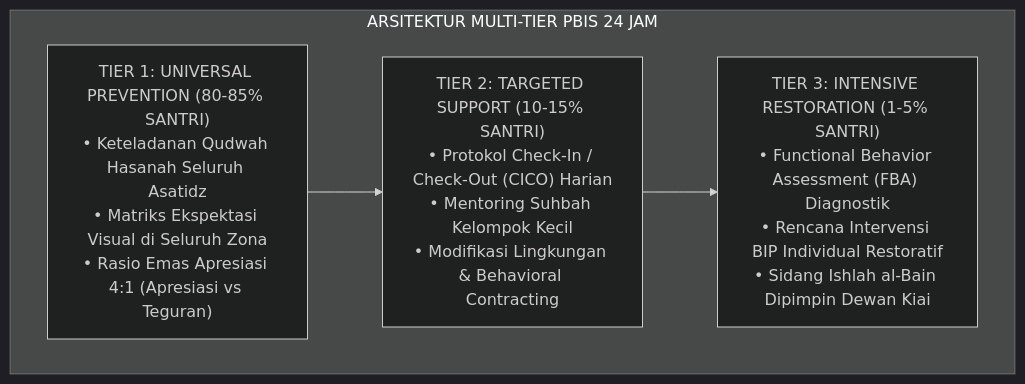
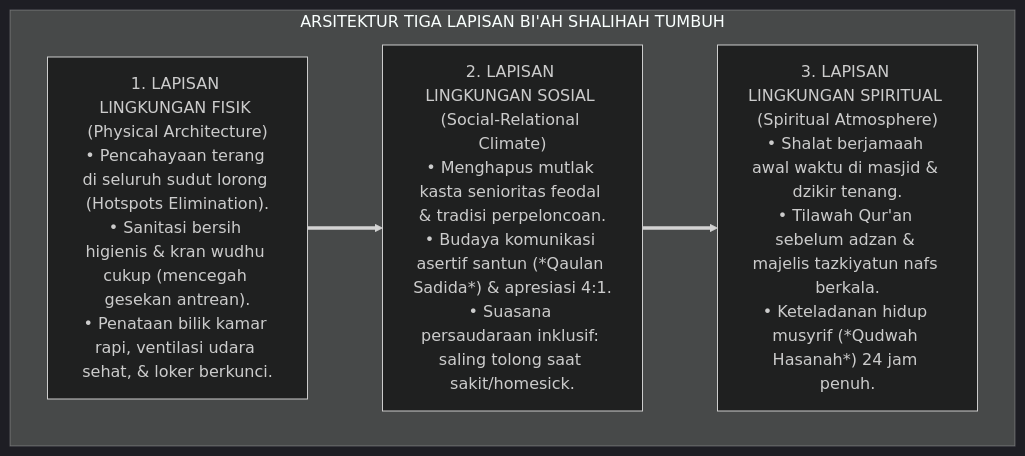
One commit to wandiapriliyandi/tumbuh changed the second of 3 diagrams in BOOK-SERIES/Volume-01/Bab-05-Sepuluh-Jawaban-Filosofis-Ekosistem-TUMBUH/03-Postulat-7-sd-8-Total-Ecosystem-dan-Restorasi-Kesalahan.md. Above: the diagram before and after it, drawn with Mermaid (dark theme). The commit also changed other lines of this file and 286 other files, not shown here.

````diff
--- a/BOOK-SERIES/Volume-01/Bab-05-Sepuluh-Jawaban-Filosofis-Ekosistem-TUMBUH/03-Postulat-7-sd-8-Total-Ecosystem-dan-Restorasi-Kesalahan.md
+++ b/BOOK-SERIES/Volume-01/Bab-05-Sepuluh-Jawaban-Filosofis-Ekosistem-TUMBUH/03-Postulat-7-sd-8-Total-Ecosystem-dan-Restorasi-Kesalahan.md
@@ -62,12 +41,12 @@
 ```mermaid
 graph TD
-    subgraph MultiTier["ARSITEKTUR MULTI-TIER PBIS 24 JAM"]
-        T1["TIER 1: UNIVERSAL PREVENTION (80-85% SANTRI)<br/>• Keteladanan Qudwah Hasanah Seluruh Asatidz<br/>• Matriks Ekspektasi Visual di Seluruh Zona<br/>• Rasio Emas Apresiasi 4:1 (Apresiasi vs Teguran)"]
+    subgraph TigaLapisanBiah["ARSITEKTUR TIGA LAPISAN BI'AH SHALIHAH TUMBUH"]
+        L1["1. LAPISAN LINGKUNGAN FISIK (Physical Architecture)<br/>• Pencahayaan terang di seluruh sudut lorong (Hotspots Elimination).<br/>• Sanitasi bersih higienis & kran wudhu cukup (mencegah gesekan antrean).<br/>• Penataan bilik kamar rapi, ventilasi udara sehat, & loker berkunci."]
         
-        T2["TIER 2: TARGETED SUPPORT (10-15% SANTRI)<br/>• Protokol Check-In / Check-Out (CICO) Harian<br/>• Mentoring Suhbah Kelompok Kecil<br/>• Modifikasi Lingkungan & Behavioral Contracting"]
+        L2["2. LAPISAN LINGKUNGAN SOSIAL (Social-Relational Climate)<br/>• Menghapus mutlak kasta senioritas feodal & tradisi perpeloncoan.<br/>• Budaya komunikasi asertif santun (*Qaulan Sadida*) & apresiasi 4:1.<br/>• Suasana persaudaraan inklusif: saling tolong saat sakit/homesick."]
         
-        T3["TIER 3: INTENSIVE RESTORATION (1-5% SANTRI)<br/>• Functional Behavior Assessment (FBA) Diagnostik<br/>• Rencana Intervensi BIP Individual Restoratif<br/>• Sidang Ishlah al-Bain Dipimpin Dewan Kiai"]
+        L3["3. LAPISAN LINGKUNGAN SPIRITUAL (Spiritual Atmosphere)<br/>• Shalat berjamaah awal waktu di masjid & dzikir tenang.<br/>• Tilawah Qur'an sebelum adzan & majelis tazkiyatun nafs berkala.<br/>• Keteladanan hidup musyrif (*Qudwah Hasanah*) 24 jam penuh."]
         
-        T1 --> T2 --> T3
+        L1 ==> L2 ==> L3
     end
 ```
````
